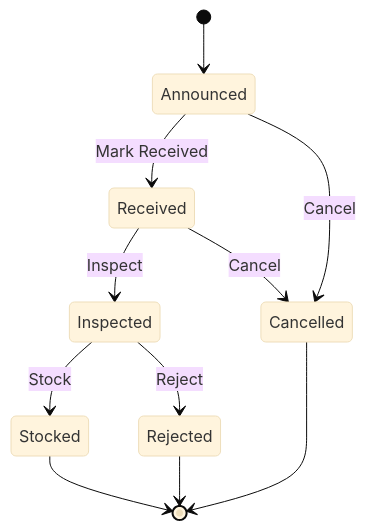
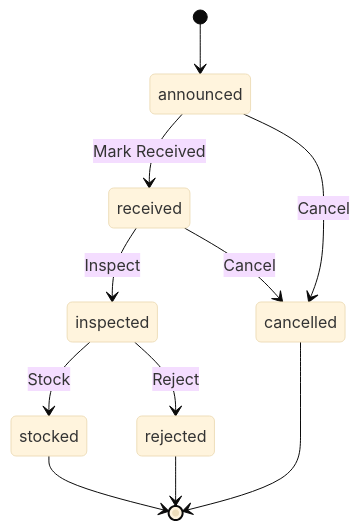
The second of 4 diagrams in docs/developer_guide/drims/architecture.md (OpenSPP/documentation), drawn with Mermaid (base theme) before and after one commit. The commit also changed other lines of this file and 12 other files, not shown here.

````diff
--- a/docs/developer_guide/drims/architecture.md
+++ b/docs/developer_guide/drims/architecture.md
@@ -381,13 +81,13 @@
-```mermaid
+```{mermaid}
 stateDiagram-v2
-    [*] --> Announced
-    Announced --> Received: Mark Received
-    Announced --> Cancelled: Cancel
-    Received --> Inspected: Inspect
-    Received --> Cancelled: Cancel
-    Inspected --> Stocked: Stock
-    Inspected --> Rejected: Reject
-    Stocked --> [*]
-    Cancelled --> [*]
-    Rejected --> [*]
+    [*] --> announced
+    announced --> received: Mark Received
+    announced --> cancelled: Cancel
+    received --> inspected: Inspect
+    received --> cancelled: Cancel
+    inspected --> stocked: Stock
+    inspected --> rejected: Reject
+    stocked --> [*]
+    cancelled --> [*]
+    rejected --> [*]
 ```
````
